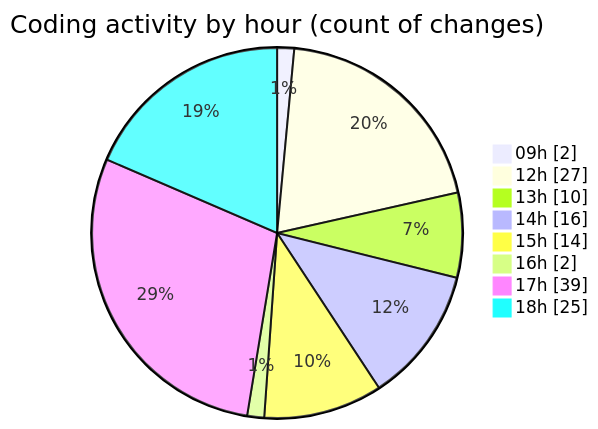
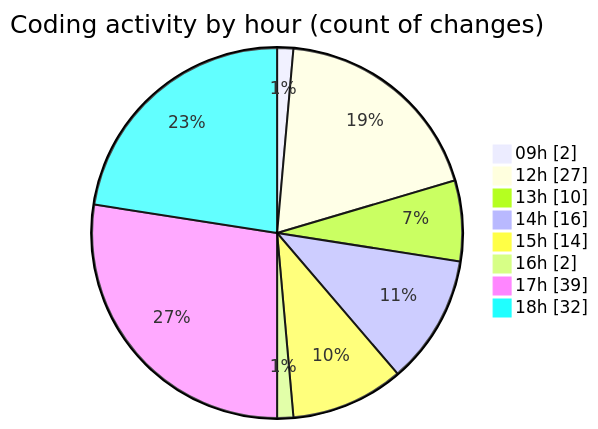
One commit to momahboobian/code-tracking changed the second of 2 diagrams in 2025-11-06/cda/README.md. Above: the diagram before and after it, drawn with Mermaid. The commit also changed other lines of this file and 1 other file, not shown here.

````diff
--- a/2025-11-06/cda/README.md
+++ b/2025-11-06/cda/README.md
@@ -69,12 +69,12 @@
 ```mermaid
 pie showData
 title Coding activity by hour (count of changes)
 "09h" : 2
 "12h" : 27
 "13h" : 10
 "14h" : 16
 "15h" : 14
 "16h" : 2
 "17h" : 39
-"18h" : 25
+"18h" : 32
 ```
````
